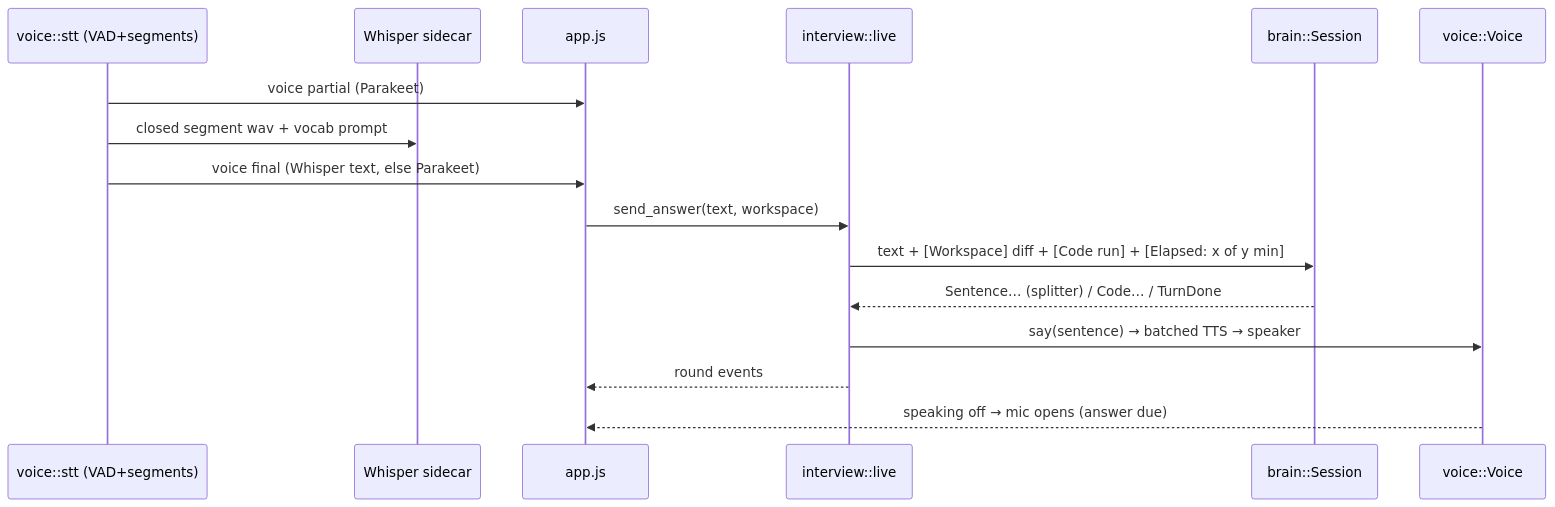
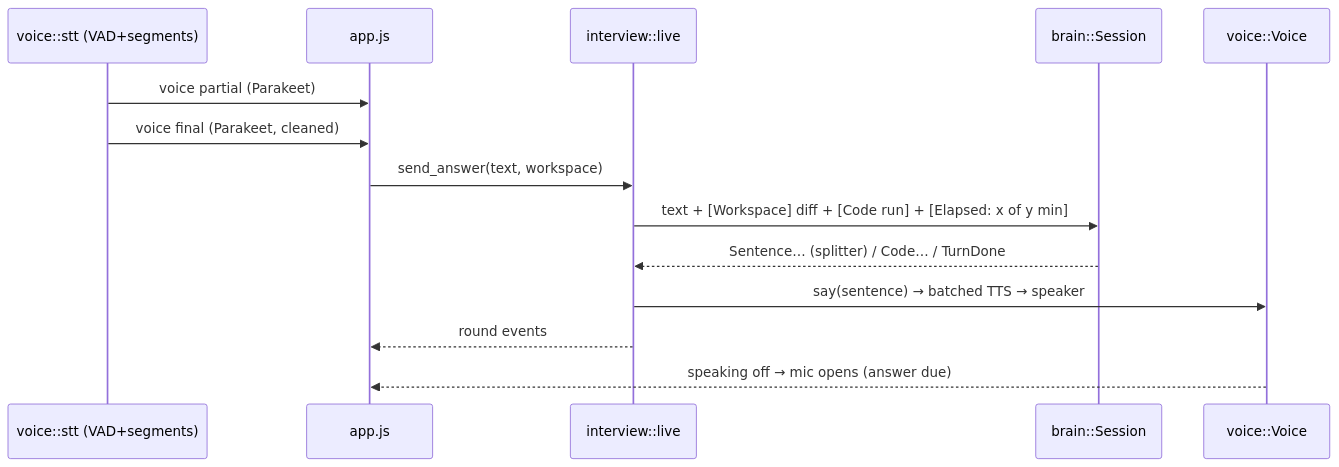
Before and after one commit to Prateesh-Sulikeri/Onsite: the diagram in docs/engineering/ARCHITECTURE.md, drawn with Mermaid. The commit also changed other lines of this file and 15 other files, not shown here.

````diff
--- a/docs/engineering/ARCHITECTURE.md
+++ b/docs/engineering/ARCHITECTURE.md
@@ -96,18 +94,16 @@
 ```mermaid
 sequenceDiagram
     participant Mic as voice::stt (VAD+segments)
-    participant W as Whisper sidecar
     participant UI as app.js
     participant L as interview::live
     participant S as brain::Session
     participant V as voice::Voice
     Mic->>UI: voice partial (Parakeet)
-    Mic->>W: closed segment wav + vocab prompt
-    Mic->>UI: voice final (Whisper text, else Parakeet)
+    Mic->>UI: voice final (Parakeet, cleaned)
     UI->>L: send_answer(text, workspace)
     L->>S: text + [Workspace] diff + [Code run] + [Elapsed: x of y min]
     S-->>L: Sentence… (splitter) / Code… / TurnDone
     L->>V: say(sentence) → batched TTS → speaker
     L-->>UI: round events
     V-->>UI: speaking off → mic opens (answer due)
 ```
````
